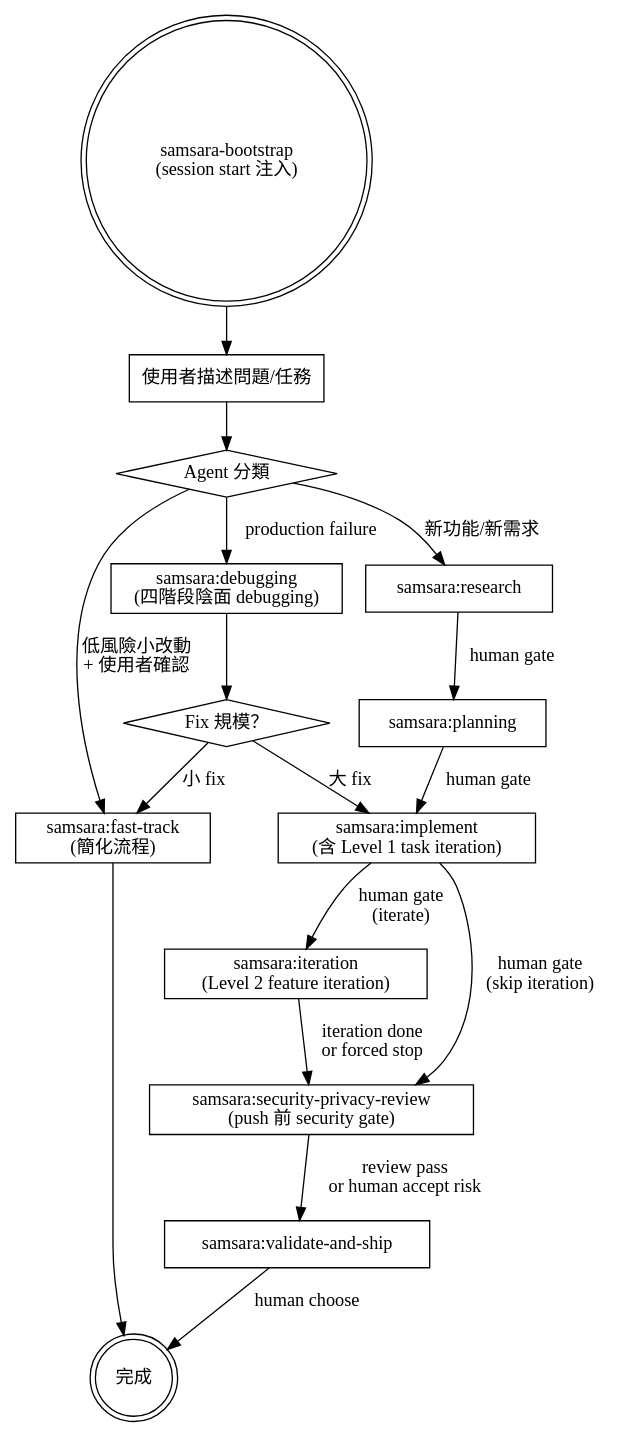
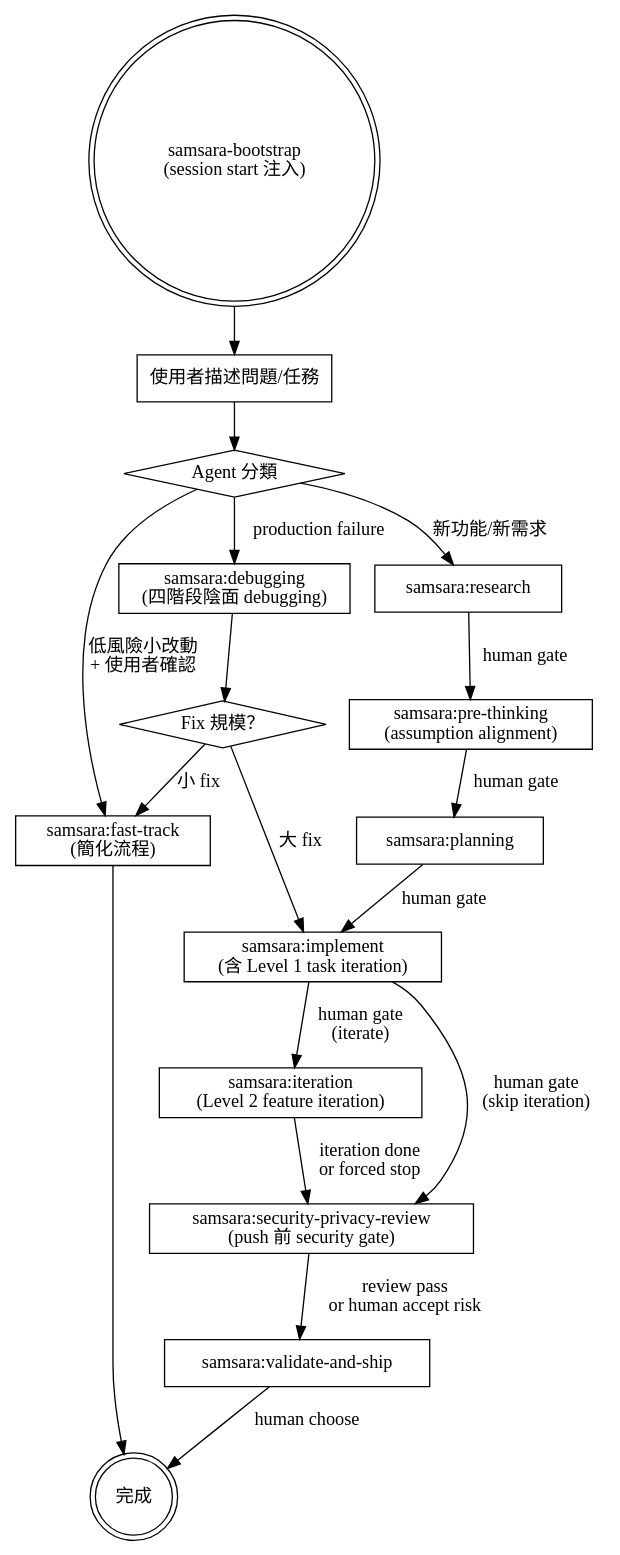
The diagram in skills/samsara-bootstrap/SKILL.md (roymondliao/samsara), drawn with Graphviz before and after one commit. The commit also changed other lines of this file and 25 other files, not shown here.

First line of the commit message:
feat(skills): extract samsara:pre-thinking as independent chain skill

````diff
--- a/skills/samsara-bootstrap/SKILL.md
+++ b/skills/samsara-bootstrap/SKILL.md
@@ -46,41 +46,43 @@
 ```dot
 digraph samsara_routing {
     rankdir=TB;
     node [shape=box];
 
     bootstrap [label="samsara-bootstrap\n(session start 注入)" shape=doublecircle];
     input [label="使用者描述問題/任務"];
     classify [label="Agent 分類" shape=diamond];
 
     fast_track [label="samsara:fast-track\n(簡化流程)"];
     research [label="samsara:research"];
+    pre_thinking [label="samsara:pre-thinking\n(assumption alignment)"];
     planning [label="samsara:planning"];
     implement [label="samsara:implement\n(含 Level 1 task iteration)"];
     iteration [label="samsara:iteration\n(Level 2 feature iteration)"];
     security_review [label="samsara:security-privacy-review\n(push 前 security gate)"];
     validate [label="samsara:validate-and-ship"];
     debugging [label="samsara:debugging\n(四階段陰面 debugging)"];
 
     fix_size [label="Fix 規模？" shape=diamond];
     done [label="完成" shape=doublecircle];
 
     bootstrap -> input;
     input -> classify;
     classify -> fast_track [label="低風險小改動\n+ 使用者確認"];
     classify -> research [label="新功能/新需求"];
     classify -> debugging [label="production failure"];
 
-    research -> planning [label="human gate"];
+    research -> pre_thinking [label="human gate"];
+    pre_thinking -> planning [label="human gate"];
     planning -> implement [label="human gate"];
     implement -> iteration [label="human gate\n(iterate)"];
     implement -> security_review [label="human gate\n(skip iteration)"];
     iteration -> security_review [label="iteration done\nor forced stop"];
     security_review -> validate [label="review pass\nor human accept risk"];
     validate -> done [label="human choose"];
 
     fast_track -> done;
     debugging -> fix_size;
     fix_size -> fast_track [label="小 fix"];
     fix_size -> implement [label="大 fix"];
 }
 ```
````
